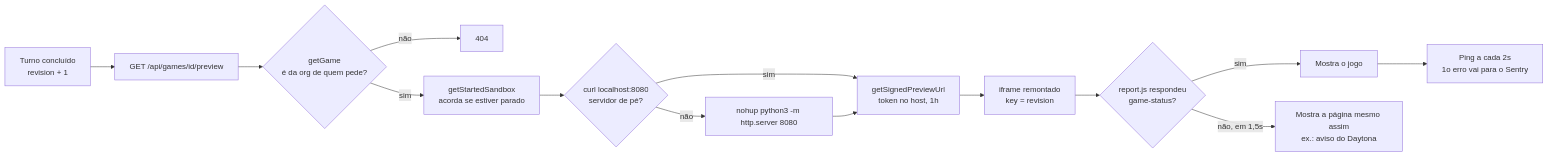
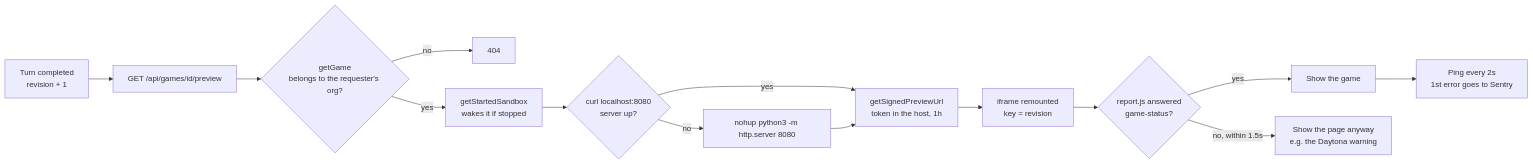
Before and after one commit to renatomf/nextjs-playforge: the third of 6 diagrams in README.md, drawn with Mermaid. The commit also changed other lines of this file and 5 other files, not shown here.

````diff
--- a/README.md
+++ b/README.md
@@ -233,17 +234,17 @@
 ```mermaid
 %%{init: {'themeVariables': {'clusterBkg': 'rgba(127,127,127,0.14)', 'clusterBorder': 'rgba(127,127,127,0.50)', 'noteBkgColor': 'rgba(127,127,127,0.14)', 'noteBorderColor': 'rgba(127,127,127,0.50)', 'labelBoxBkgColor': 'rgba(127,127,127,0.14)', 'labelBoxBorderColor': 'rgba(127,127,127,0.50)'}}}%%
 flowchart LR
-    T["Turno concluído<br/>revision + 1"] --> R["GET /api/games/id/preview"]
-    R --> G{"getGame<br/>é da org de quem pede?"}
-    G -->|"não"| NF["404"]
-    G -->|"sim"| W["getStartedSandbox<br/>acorda se estiver parado"]
-    W --> U{"curl localhost:8080<br/>servidor de pé?"}
-    U -->|"não"| S["nohup python3 -m http.server 8080"]
-    U -->|"sim"| L
-    S --> L["getSignedPreviewUrl<br/>token no host, 1h"]
-    L --> I["iframe remontado<br/>key = revision"]
-    I --> C{"report.js respondeu<br/>game-status?"}
-    C -->|"sim"| Show["Mostra o jogo"]
-    C -->|"não, em 1,5s"| Warn["Mostra a página mesmo assim<br/>ex.: aviso do Daytona"]
-    Show --> Ping["Ping a cada 2s<br/>1o erro vai para o Sentry"]
+    T["Turn completed<br/>revision + 1"] --> R["GET /api/games/id/preview"]
+    R --> G{"getGame<br/>belongs to the requester's org?"}
+    G -->|"no"| NF["404"]
+    G -->|"yes"| W["getStartedSandbox<br/>wakes it if stopped"]
+    W --> U{"curl localhost:8080<br/>server up?"}
+    U -->|"no"| S["nohup python3 -m http.server 8080"]
+    U -->|"yes"| L
+    S --> L["getSignedPreviewUrl<br/>token in the host, 1h"]
+    L --> I["iframe remounted<br/>key = revision"]
+    I --> C{"report.js answered<br/>game-status?"}
+    C -->|"yes"| Show["Show the game"]
+    C -->|"no, within 1.5s"| Warn["Show the page anyway<br/>e.g. the Daytona warning"]
+    Show --> Ping["Ping every 2s<br/>1st error goes to Sentry"]
 ```
````
